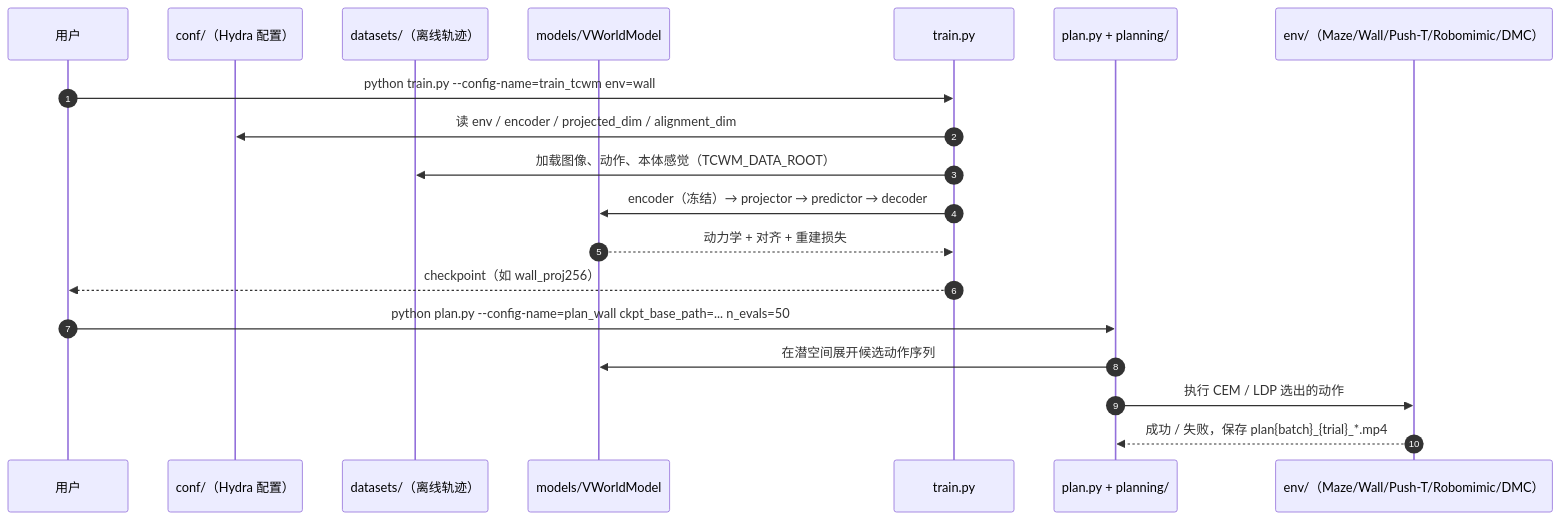
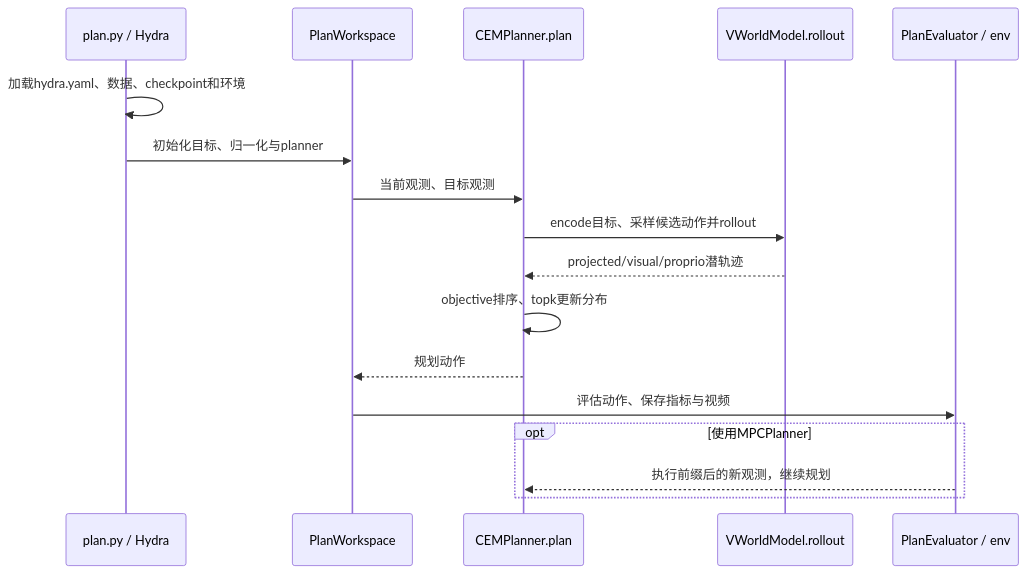
The second of 2 diagrams in wiki/entities/paper-task-centric-world-models.md (ImChong/Robotics_Notebooks), drawn with Mermaid before and after one commit. The commit also changed other lines of this file and 208 other files, not shown here.

Commit message:
[2026-11-14] ingest | roadmap/depth-wam.md — 补齐 WAM 全部节点原文证据与满分健康度

````diff
--- a/wiki/entities/paper-task-centric-world-models.md
+++ b/wiki/entities/paper-task-centric-world-models.md
@@ -125,21 +133,19 @@
 ```mermaid
 sequenceDiagram
-  autonumber
-  participant U as 用户
-  participant Cfg as conf/（Hydra 配置）
-  participant DS as datasets/（离线轨迹）
-  participant WM as models/VWorldModel
-  participant Tr as train.py
-  participant Pl as plan.py + planning/
-  participant Env as env/（Maze/Wall/Push-T/Robomimic/DMC）
-  U->>Tr: python train.py --config-name=train_tcwm env=wall
-  Tr->>Cfg: 读 env / encoder / projected_dim / alignment_dim
-  Tr->>DS: 加载图像、动作、本体感觉（TCWM_DATA_ROOT）
-  Tr->>WM: encoder（冻结）→ projector → predictor → decoder
-  WM-->>Tr: 动力学 + 对齐 + 重建损失
-  Tr-->>U: checkpoint（如 wall_proj256）
-  U->>Pl: python plan.py --config-name=plan_wall ckpt_base_path=... n_evals=50
-  Pl->>WM: 在潜空间展开候选动作序列
-  Pl->>Env: 执行 CEM / LDP 选出的动作
-  Env-->>Pl: 成功 / 失败，保存 plan{batch}_{trial}_*.mp4
+  participant U as plan.py / Hydra
+  participant W as PlanWorkspace
+  participant C as CEMPlanner.plan
+  participant M as VWorldModel.rollout
+  participant E as PlanEvaluator / env
+  U->>U: 加载hydra.yaml、数据、checkpoint和环境
+  U->>W: 初始化目标、归一化与planner
+  W->>C: 当前观测、目标观测
+  C->>M: encode目标、采样候选动作并rollout
+  M-->>C: projected/visual/proprio潜轨迹
+  C->>C: objective排序、topk更新分布
+  C-->>W: 规划动作
+  W->>E: 评估动作、保存指标与视频
+  opt 使用MPCPlanner
+    E-->>C: 执行前缀后的新观测，继续规划
+  end
 ```
````
